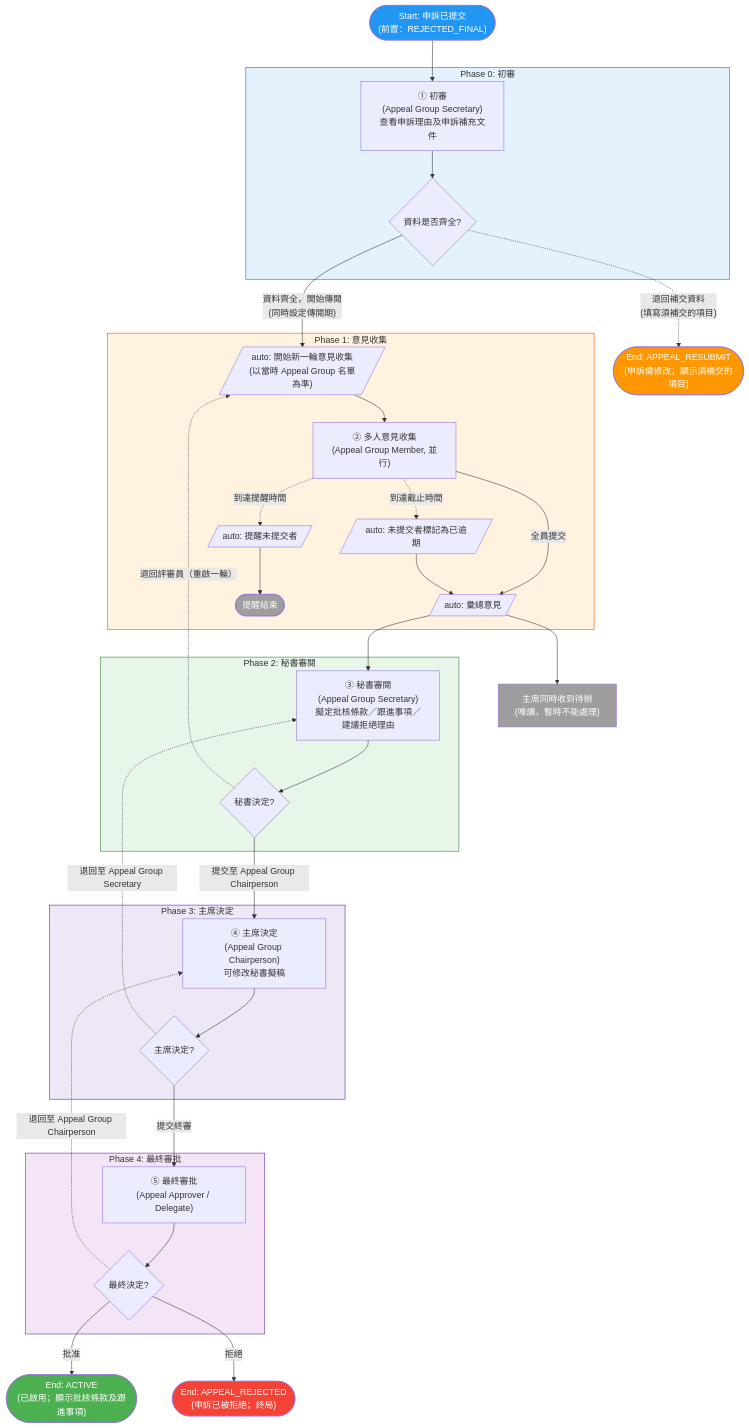
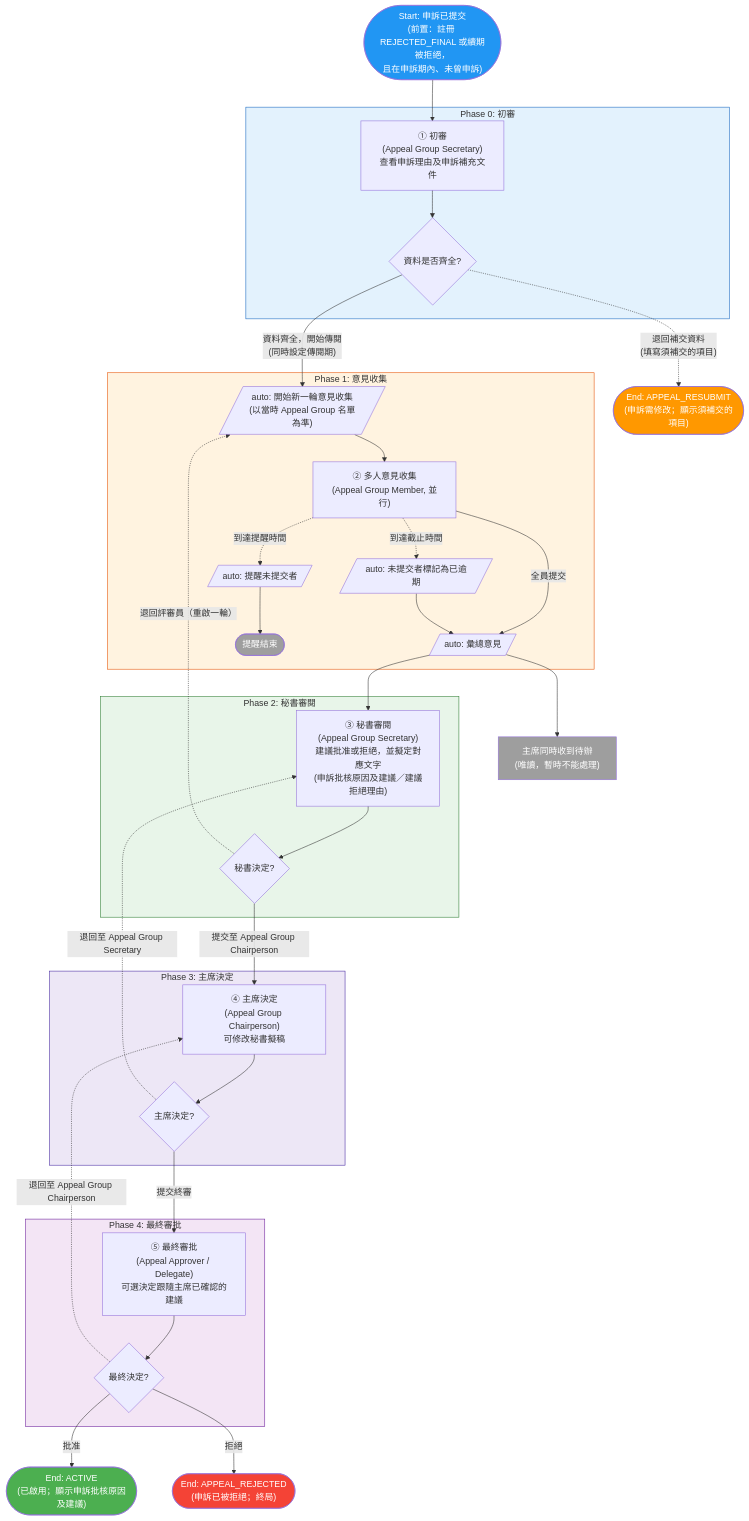
Before and after one commit to OneStar-Projects/SLAS-Docs: the fourth of 6 diagrams in docs/student-org-workflow-flowcharts.md, drawn with Mermaid. The commit also changed other lines of this file and 1 other file, not shown here.

First line of the commit message:
docs(stugroup): sync SO flows with the system as of 2026-10-22

````diff
--- a/docs/student-org-workflow-flowcharts.md
+++ b/docs/student-org-workflow-flowcharts.md
@@ -351,71 +359,71 @@
 ```mermaid
 flowchart TD
-    Start(["Start: 申訴已提交<br/>(前置：REJECTED_FINAL)"])
+    Start(["Start: 申訴已提交<br/>(前置：註冊 REJECTED_FINAL 或續期被拒絕，<br/>且在申訴期內、未曾申訴)"])
     EndSupplement(["End: APPEAL_RESUBMIT<br/>(申訴需修改；顯示須補交的項目)"])
-    EndApproved(["End: ACTIVE<br/>(已啟用；顯示批核條款及跟進事項)"])
+    EndApproved(["End: ACTIVE<br/>(已啟用；顯示申訴批核原因及建議)"])
     EndRejected(["End: APPEAL_REJECTED<br/>(申訴已被拒絕；終局)"])
 
     Start --> AppealSecretaryCheck
 
     subgraph Phase0["Phase 0: 初審"]
         AppealSecretaryCheck["① 初審<br/>(Appeal Group Secretary)<br/>查看申訴理由及申訴補充文件"]
         AppealSecretaryCheck --> InitGate{資料是否齊全?}
     end
 
     InitGate -.->|"退回補交資料<br/>(填寫須補交的項目)"| EndSupplement
     InitGate -->|"資料齊全，開始傳閱<br/>(同時設定傳閱期)"| InitOpinion
 
     subgraph Phase1["Phase 1: 意見收集"]
         InitOpinion[/"auto: 開始新一輪意見收集<br/>(以當時 Appeal Group 名單為準)"/]
         InitOpinion --> CollectOpinions["② 多人意見收集<br/>(Appeal Group Member, 並行)"]
 
         CollectOpinions -->|"全員提交"| SummarizeOpinions
         CollectOpinions -.->|"到達截止時間"| TimeoutHandler[/"auto: 未提交者標記為已逾期"/]
         CollectOpinions -.->|"到達提醒時間"| SendReminder[/"auto: 提醒未提交者"/]
 
         TimeoutHandler --> SummarizeOpinions
         SendReminder --> ReminderEnd(["提醒結束"])
 
         SummarizeOpinions[/"auto: 彙總意見"/]
     end
 
     SummarizeOpinions --> AppealSecretaryReview
     SummarizeOpinions --> AppealChairLocked["主席同時收到待辦<br/>(唯讀，暫時不能處理)"]
 
     subgraph Phase2["Phase 2: 秘書審閱"]
-        AppealSecretaryReview["③ 秘書審閱<br/>(Appeal Group Secretary)<br/>擬定批核條款／跟進事項／建議拒絕理由"]
+        AppealSecretaryReview["③ 秘書審閱<br/>(Appeal Group Secretary)<br/>建議批准或拒絕，並擬定對應文字<br/>(申訴批核原因及建議／建議拒絕理由)"]
         AppealSecretaryReview --> SecretaryGate{秘書決定?}
     end
 
     SecretaryGate -.->|"退回評審員（重啟一輪）"| InitOpinion
     SecretaryGate -->|"提交至 Appeal Group Chairperson"| AppealChairDecision
 
     subgraph Phase3["Phase 3: 主席決定"]
         AppealChairDecision["④ 主席決定<br/>(Appeal Group Chairperson)<br/>可修改秘書擬稿"]
         AppealChairDecision --> ChairGate{主席決定?}
     end
 
     ChairGate -.->|"退回至 Appeal Group Secretary"| AppealSecretaryReview
     ChairGate -->|"提交終審"| FinalApproval
 
     subgraph Phase4["Phase 4: 最終審批"]
-        FinalApproval["⑤ 最終審批<br/>(Appeal Approver / Delegate)"]
+        FinalApproval["⑤ 最終審批<br/>(Appeal Approver / Delegate)<br/>可選決定跟隨主席已確認的建議"]
         FinalApproval --> FinalGate{最終決定?}
     end
 
     FinalGate -->|"批准"| EndApproved
     FinalGate -->|"拒絕"| EndRejected
     FinalGate -.->|"退回至 Appeal Group Chairperson"| AppealChairDecision
 
     style Start fill:#2196F3,color:#fff
     style EndApproved fill:#4CAF50,color:#fff
     style EndRejected fill:#f44336,color:#fff
     style EndSupplement fill:#FF9800,color:#fff
     style ReminderEnd fill:#9E9E9E,color:#fff
     style AppealChairLocked fill:#9E9E9E,color:#fff
     style Phase0 fill:#E3F2FD,stroke:#1565C0
     style Phase1 fill:#FFF3E0,stroke:#E65100
     style Phase2 fill:#E8F5E9,stroke:#2E7D32
     style Phase3 fill:#EDE7F6,stroke:#4527A0
     style Phase4 fill:#F3E5F5,stroke:#6A1B9A
 ```
````
